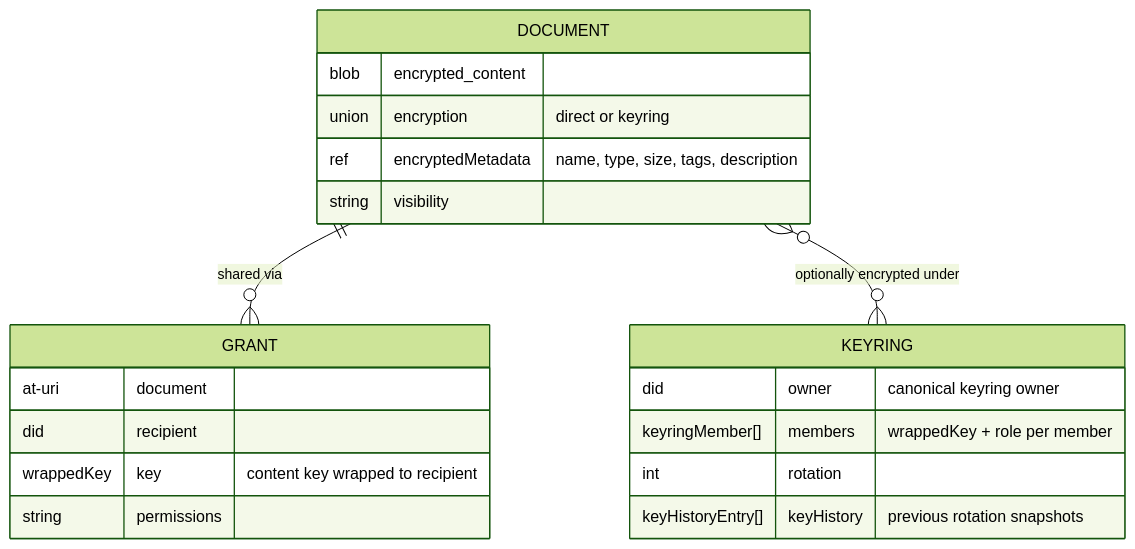
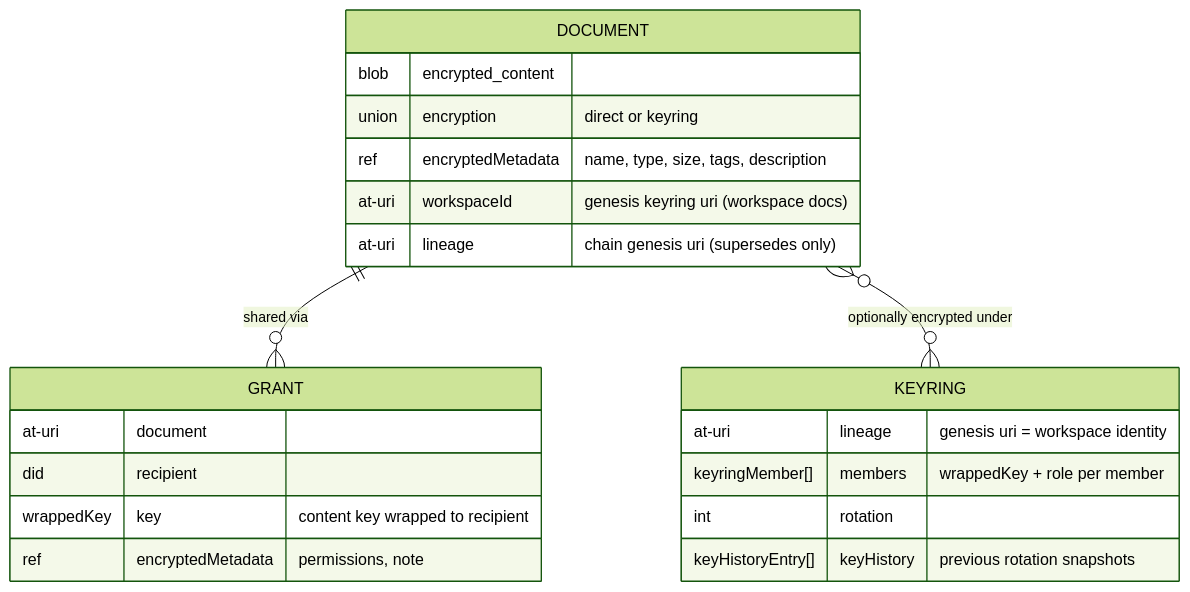
The third of 4 diagrams in docs/ARCHITECTURE.md (Sans-Self/Opake), drawn with Mermaid (forest theme) before and after one commit. The commit also changed other lines of this file and 35 other files, not shown here.

````diff
--- a/docs/ARCHITECTURE.md
+++ b/docs/ARCHITECTURE.md
@@ -166,26 +168,27 @@
 ```mermaid
 erDiagram
     DOCUMENT ||--o{ GRANT : "shared via"
     DOCUMENT }o--o{ KEYRING : "optionally encrypted under"
 
     DOCUMENT {
         blob encrypted_content
         union encryption "direct or keyring"
         ref encryptedMetadata "name, type, size, tags, description"
-        string visibility
+        at-uri workspaceId "genesis keyring uri (workspace docs)"
+        at-uri lineage "chain genesis uri (supersedes only)"
     }
 
     GRANT {
         at-uri document
         did recipient
         wrappedKey key "content key wrapped to recipient"
-        string permissions
+        ref encryptedMetadata "permissions, note"
     }
 
     KEYRING {
-        did owner "canonical keyring owner"
+        at-uri lineage "genesis uri = workspace identity"
         keyringMember[] members "wrappedKey + role per member"
         int rotation
         keyHistoryEntry[] keyHistory "previous rotation snapshots"
     }
 ```
````
